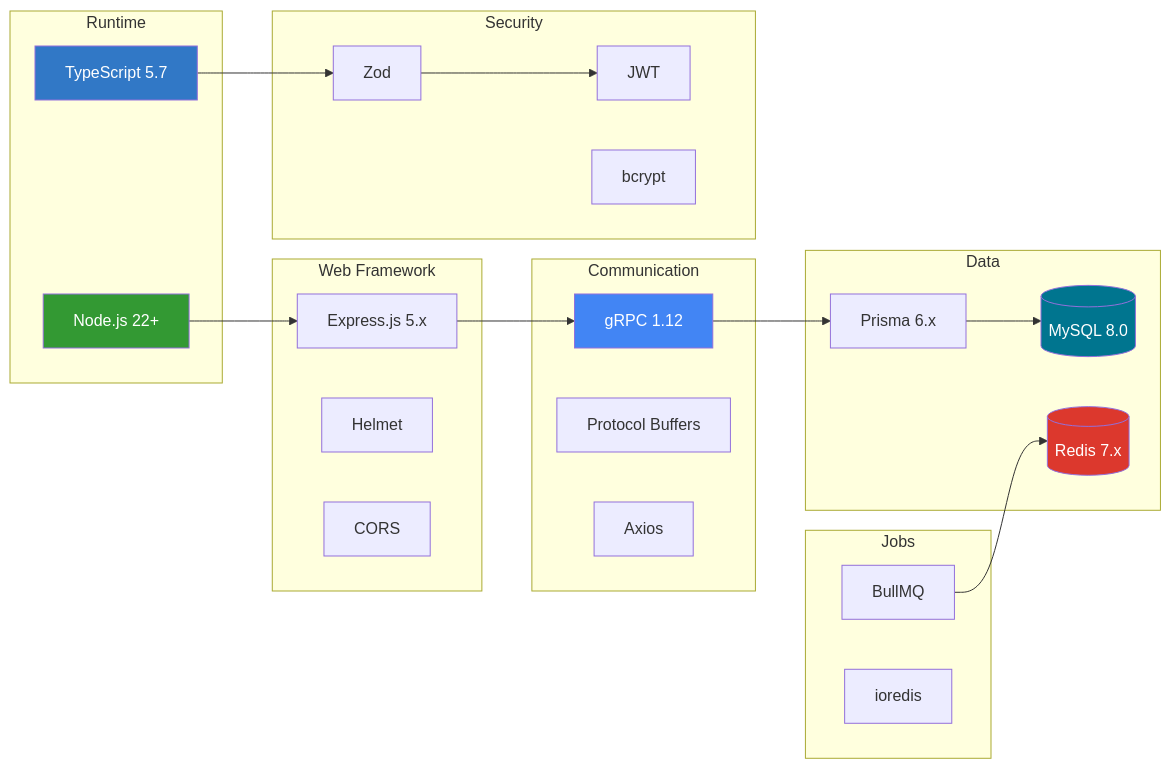
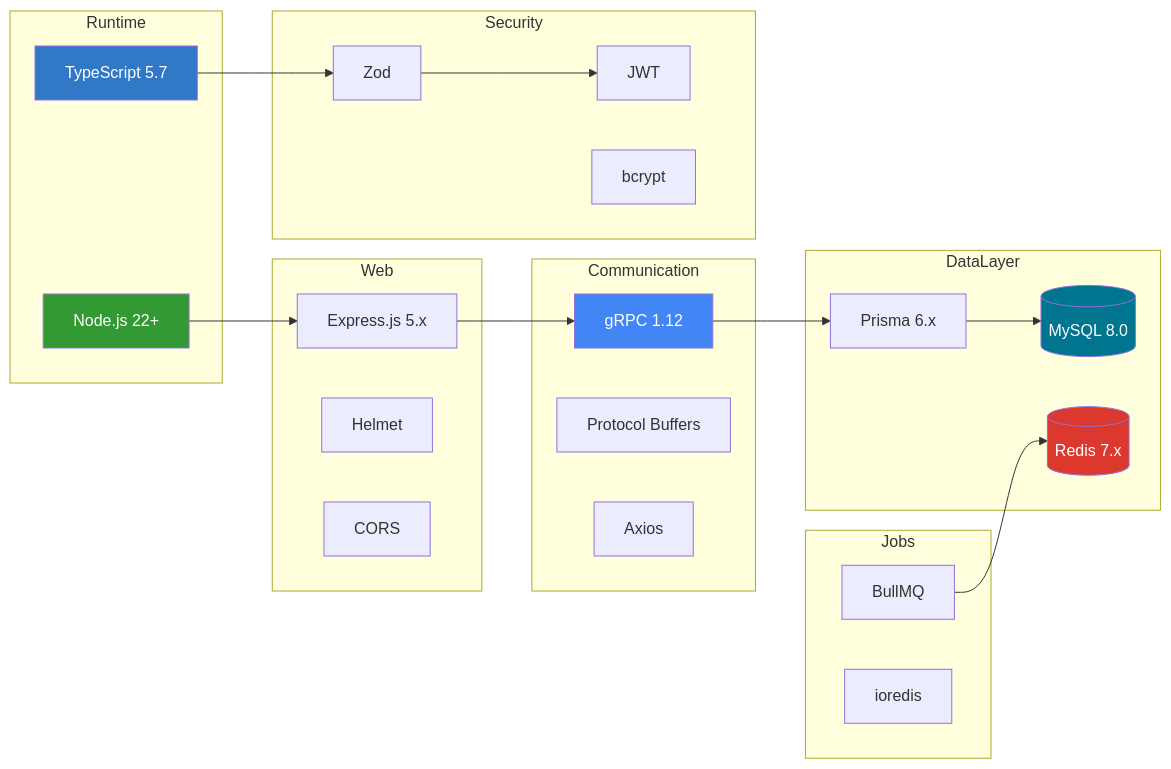
Before and after one commit to jrjohn/arcana-cloud-nodejs: the ninth of 13 diagrams in README.md, drawn with Mermaid. The commit also changed other lines of this file, not shown here.

````diff
--- a/README.md
+++ b/README.md
@@ -273,46 +277,50 @@
 ```mermaid
 graph LR
-    subgraph "Runtime"
-        NODE[Node.js 22+]
-        TS[TypeScript 5.7]
+    subgraph Runtime
+        NODE["Node.js 22+"]
+        TS["TypeScript 5.7"]
     end
 
-    subgraph "Web Framework"
-        EXPRESS[Express.js 5.x]
-        HELMET[Helmet]
-        CORS[CORS]
+    subgraph Web
+        EXPRESS["Express.js 5.x"]
+        HELMET["Helmet"]
+        CORS["CORS"]
     end
 
-    subgraph "Communication"
-        GRPC[gRPC 1.12]
-        PROTO[Protocol Buffers]
-        AXIOS[Axios]
+    subgraph Communication
+        GRPC["gRPC 1.12"]
+        PROTO["Protocol Buffers"]
+        AXIOS["Axios"]
     end
 
-    subgraph "Data"
-        PRISMA[Prisma 6.x]
-        MYSQL[(MySQL 8.0)]
-        REDIS[(Redis 7.x)]
+    subgraph DataLayer
+        PRISMA["Prisma 6.x"]
+        MYSQL[("MySQL 8.0")]
+        REDIS[("Redis 7.x")]
     end
 
-    subgraph "Security"
-        JWT[JWT]
-        BCRYPT[bcrypt]
-        ZOD[Zod]
+    subgraph Security
+        JWT["JWT"]
+        BCRYPT["bcrypt"]
+        ZOD["Zod"]
     end
 
-    subgraph "Jobs"
-        BULLMQ[BullMQ]
-        IOREDIS[ioredis]
+    subgraph Jobs
+        BULLMQ["BullMQ"]
+        IOREDIS["ioredis"]
     end
 
-    NODE --> EXPRESS --> GRPC --> PRISMA --> MYSQL
-    TS --> ZOD --> JWT
+    NODE --> EXPRESS
+    EXPRESS --> GRPC
+    GRPC --> PRISMA
+    PRISMA --> MYSQL
+    TS --> ZOD
+    ZOD --> JWT
     BULLMQ --> REDIS
 
     style NODE fill:#339933,color:#fff
     style TS fill:#3178C6,color:#fff
     style GRPC fill:#4285F4,color:#fff
     style MYSQL fill:#00758F,color:#fff
     style REDIS fill:#DC382D,color:#fff
 ```
````
